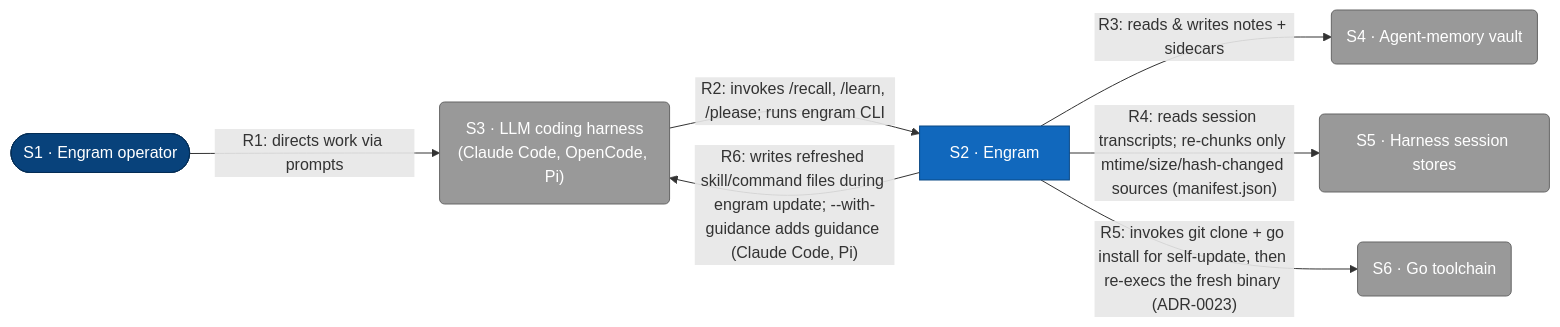
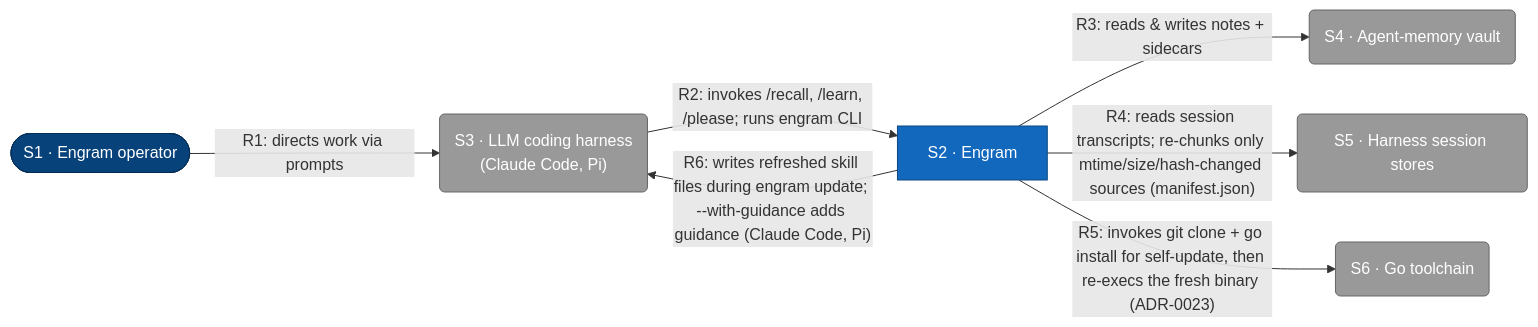
One commit to toejough/engram changed the first of 8 diagrams in docs/architecture/c1-system-context.md. Above: the diagram before and after it, drawn with Mermaid. The commit also changed other lines of this file and 29 other files, not shown here.

````diff
--- a/docs/architecture/c1-system-context.md
+++ b/docs/architecture/c1-system-context.md
@@ -9,31 +9,31 @@
 ```mermaid
 flowchart LR
     classDef person      fill:#08427b,stroke:#052e56,color:#fff
     classDef external    fill:#999,   stroke:#666,   color:#fff
     classDef container   fill:#1168bd,stroke:#0b4884,color:#fff
 
     user([S1 · Engram operator])
     engram[S2 · Engram]
-    harness("S3 · LLM coding harness<br/>(Claude Code, OpenCode, Pi)")
+    harness("S3 · LLM coding harness<br/>(Claude Code, Pi)")
     vault(S4 · Agent-memory vault)
     sessions(S5 · Harness session stores)
     gotool(S6 · Go toolchain)
 
     user -->|"R1: directs work via prompts"| harness
     harness -->|"R2: invokes /recall, /learn, /please; runs engram CLI"| engram
     engram -->|"R3: reads & writes notes + sidecars"| vault
     engram -->|"R4: reads session transcripts; re-chunks only mtime/size/hash-changed sources (manifest.json)"| sessions
     engram -->|"R5: invokes git clone + go install for self-update, then re-execs the fresh binary (ADR-0023)"| gotool
-    engram -->|"R6: writes refreshed skill/command files during engram update; --with-guidance adds guidance (Claude Code, Pi)"| harness
+    engram -->|"R6: writes refreshed skill files during engram update; --with-guidance adds guidance (Claude Code, Pi)"| harness
 
     class user person
     class harness,vault,sessions,gotool external
     class engram container
 
     click user href "#s1-engram-operator"
     click engram href "#s2-engram"
     click harness href "#s3-llm-coding-harness"
     click vault href "#s4-agent-memory-vault"
     click sessions href "#s5-harness-session-stores"
     click gotool href "#s6-go-toolchain"
 ```
````
